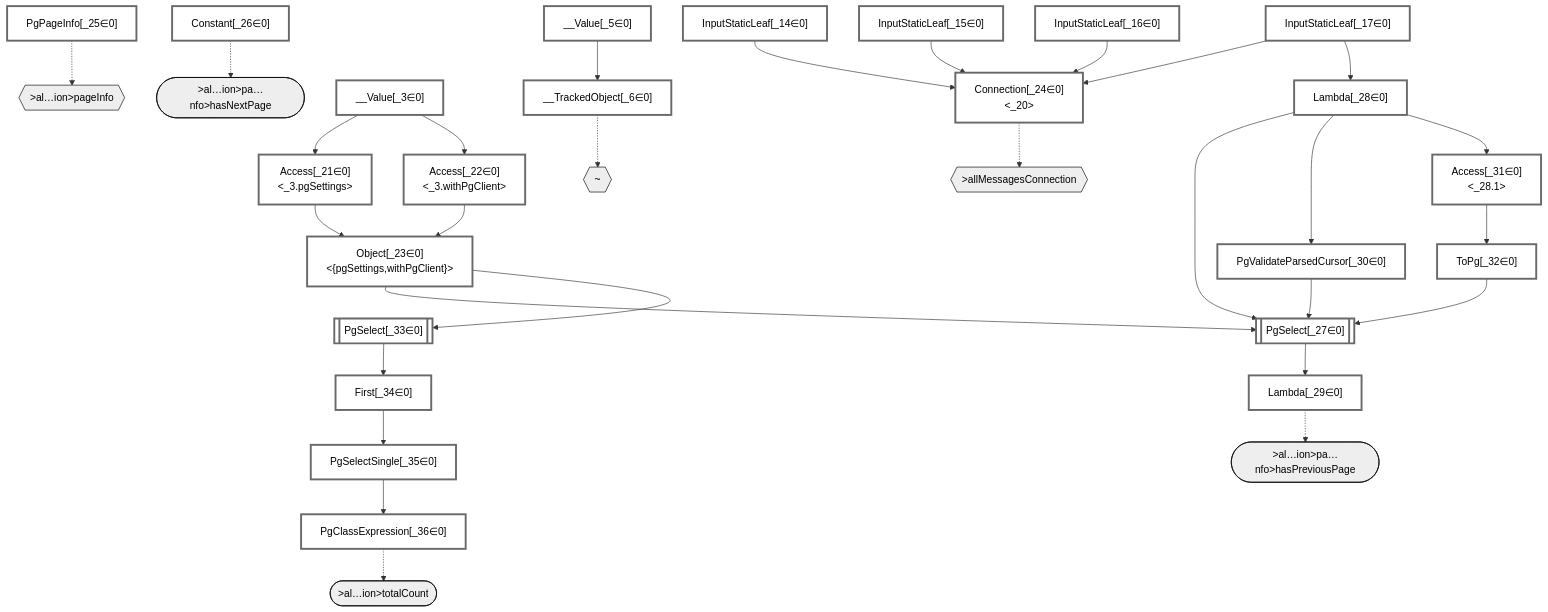
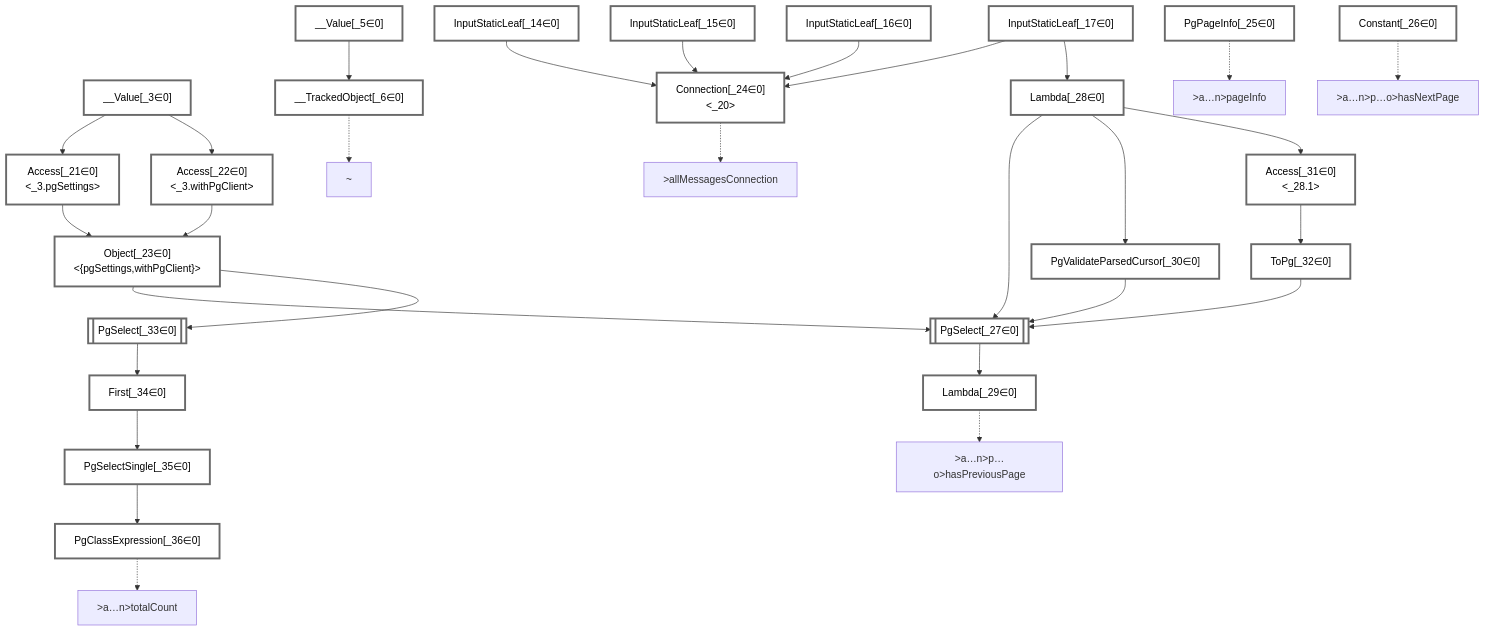
Before and after one commit to graphile/crystal: the diagram in packages/dataplan-pg/__tests__/queries/connections/pagination-before-last-pagination-only.mermaid.md, drawn with Mermaid. The commit also changed 195 other files, not shown here.

```diff
--- a/packages/dataplan-pg/__tests__/queries/connections/pagination-before-last-pagination-only.mermaid.md
+++ b/packages/dataplan-pg/__tests__/queries/connections/pagination-before-last-pagination-only.mermaid.md
@@ -6,19 +6,6 @@
     classDef sideeffectplan fill:#f00,stroke-width:6px,color:#000
     classDef bucket fill:#f6f6f6,color:#000,stroke-width:6px
 
-    %% subgraph fields
-    P1{{"~"}}:::path
-    P2{{">allMessagesConnection"}}:::path
-    P3{{">al…ion>pageInfo"}}:::path
-    P4([">al…ion>pa…nfo>hasNextPage"]):::path
-    %% P3 -.-> P4
-    P5([">al…ion>pa…nfo>hasPreviousPage"]):::path
-    %% P3 -.-> P5
-    %% P2 -.-> P3
-    P6([">al…ion>totalCount"]):::path
-    %% P2 -.-> P6
-    %% P1 -.-> P2
-    %% end
 
     %% define plans
     __Value_3["__Value[_3∈0]<br /><context>"]:::plan
@@ -70,11 +57,17 @@
     PgSelectSingle_35 --> PgClassExpression_36
 
     %% plan-to-path relationships
+    P1["~"]
     __TrackedObject_6 -.-> P1
+    P2[">allMessagesConnection"]
     Connection_24 -.-> P2
+    P3[">a…n>pageInfo"]
     PgPageInfo_25 -.-> P3
+    P4[">a…n>p…o>hasNextPage"]
     Constant_26 -.-> P4
+    P5[">a…n>p…o>hasPreviousPage"]
     Lambda_29 -.-> P5
+    P6[">a…n>totalCount"]
     PgClassExpression_36 -.-> P6
 
     %% allocate buckets
```
